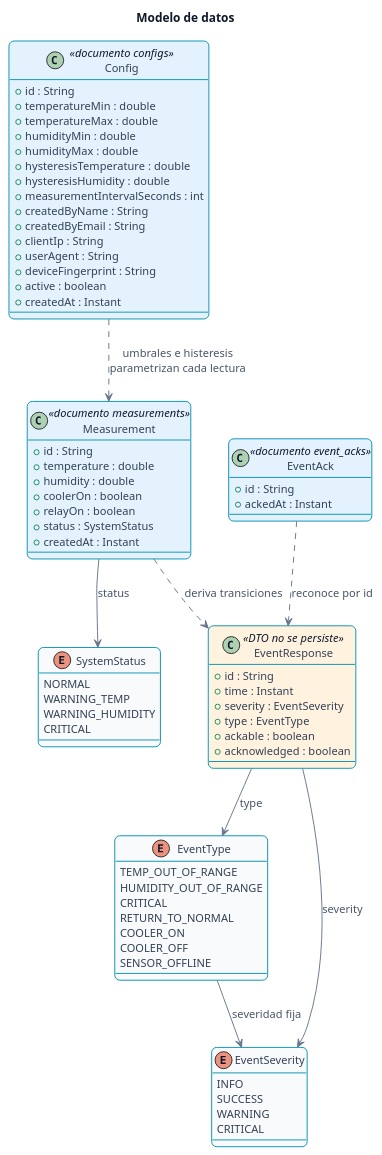
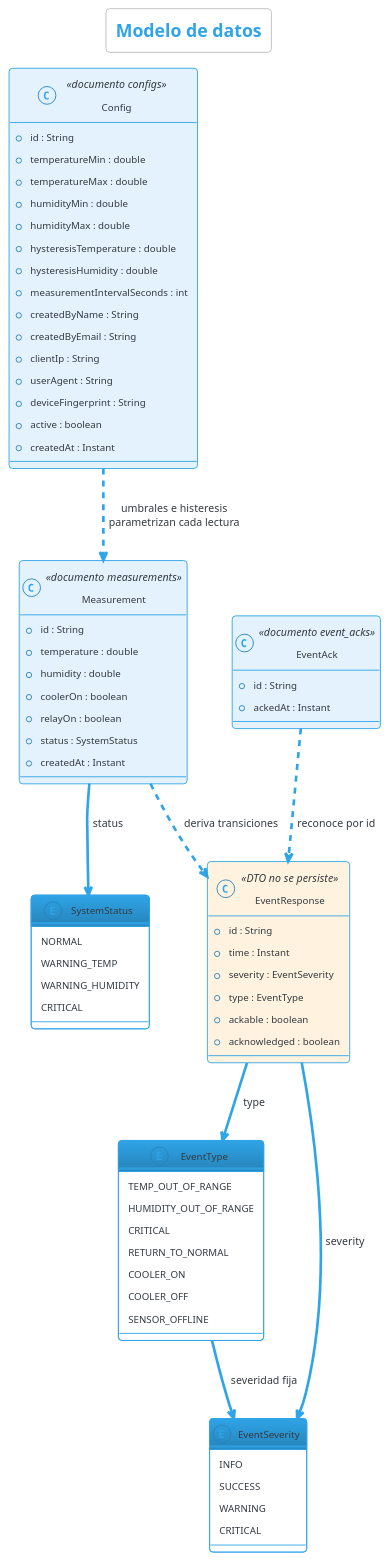
The diagram in docs/uml/class_model.puml (andinogabriel/plc-control-backend), drawn with PlantUML before and after one commit. The commit also changed 23 other files, not shown here.

Commit message:
docs(uml): modern cerulean-outline theme across all UML diagrams (flat, cyan, cohesive)

```diff
--- a/docs/uml/class_model.puml
+++ b/docs/uml/class_model.puml
@@ -1,115 +1,81 @@
 @startuml class_model
-' --- estilo moderno 2026 (flat, redondeado, paleta del proyecto; fondo claro para legibilidad en GitHub) ---
+!theme cerulean-outline
 skinparam backgroundColor #FFFFFF
 skinparam shadowing false
-skinparam roundCorner 12
-skinparam DefaultFontColor #0F172A
-skinparam DefaultFontSize 13
-skinparam ArrowColor #64748B
-skinparam ArrowFontColor #475569
-skinparam ArrowThickness 1.1
-skinparam classBackgroundColor #F8FAFC
-skinparam classBorderColor #0891B2
-skinparam classBorderThickness 1.1
-skinparam classAttributeFontColor #334155
-skinparam stateBackgroundColor #F8FAFC
-skinparam stateBorderColor #0891B2
-skinparam usecaseBackgroundColor #ECFEFF
-skinparam usecaseBorderColor #0891B2
-skinparam actorBackgroundColor #FFEDD5
-skinparam actorBorderColor #C2410C
-skinparam packageBackgroundColor #F1F5F9
-skinparam packageBorderColor #94A3B8
-skinparam componentBackgroundColor #F8FAFC
-skinparam componentBorderColor #0891B2
-skinparam nodeBackgroundColor #F8FAFC
-skinparam nodeBorderColor #475569
-skinparam participantBackgroundColor #F1F5F9
-skinparam participantBorderColor #94A3B8
-skinparam sequenceLifeLineBorderColor #CBD5E1
-skinparam sequenceGroupBackgroundColor #F1F5F9
-skinparam noteBackgroundColor #FEF9C3
-skinparam noteBorderColor #CA8A04
-skinparam activityBackgroundColor #F8FAFC
-skinparam activityBorderColor #0891B2
-skinparam activityDiamondBackgroundColor #FFEDD5
-skinparam activityDiamondBorderColor #C2410C
-skinparam objectBackgroundColor #F8FAFC
-skinparam objectBorderColor #0891B2
 ' Diagrama de clases (UML) — modelo de datos: documentos persistidos, DTO derivado y enums.
 title Modelo de datos
 
 class Config <<documento configs>> #E3F2FD {
   +id : String
   +temperatureMin : double
   +temperatureMax : double
   +humidityMin : double
   +humidityMax : double
   +hysteresisTemperature : double
   +hysteresisHumidity : double
   +measurementIntervalSeconds : int
   +createdByName : String
   +createdByEmail : String
   +clientIp : String
   +userAgent : String
   +deviceFingerprint : String
   +active : boolean
   +createdAt : Instant
 }
 
 class Measurement <<documento measurements>> #E3F2FD {
   +id : String
   +temperature : double
   +humidity : double
   +coolerOn : boolean
   +relayOn : boolean
   +status : SystemStatus
   +createdAt : Instant
 }
 
 class EventAck <<documento event_acks>> #E3F2FD {
   +id : String
   +ackedAt : Instant
 }
 
 class EventResponse <<DTO no se persiste>> #FFF3E0 {
   +id : String
   +time : Instant
   +severity : EventSeverity
   +type : EventType
   +ackable : boolean
   +acknowledged : boolean
 }
 
 enum SystemStatus {
   NORMAL
   WARNING_TEMP
   WARNING_HUMIDITY
   CRITICAL
 }
 
 enum EventType {
   TEMP_OUT_OF_RANGE
   HUMIDITY_OUT_OF_RANGE
   CRITICAL
   RETURN_TO_NORMAL
   COOLER_ON
   COOLER_OFF
   SENSOR_OFFLINE
 }
 
 enum EventSeverity {
   INFO
   SUCCESS
   WARNING
   CRITICAL
 }
 
 Config ..> Measurement : umbrales e histeresis\nparametrizan cada lectura
 Measurement --> SystemStatus : status
 Measurement ..> EventResponse : deriva transiciones
 EventAck ..> EventResponse : reconoce por id
 EventResponse --> EventType : type
 EventResponse --> EventSeverity : severity
 EventType --> EventSeverity : severidad fija
 @enduml
```
